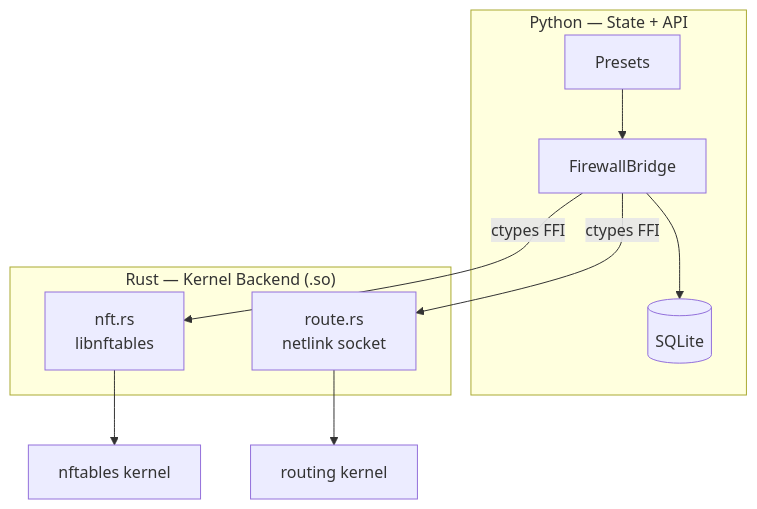
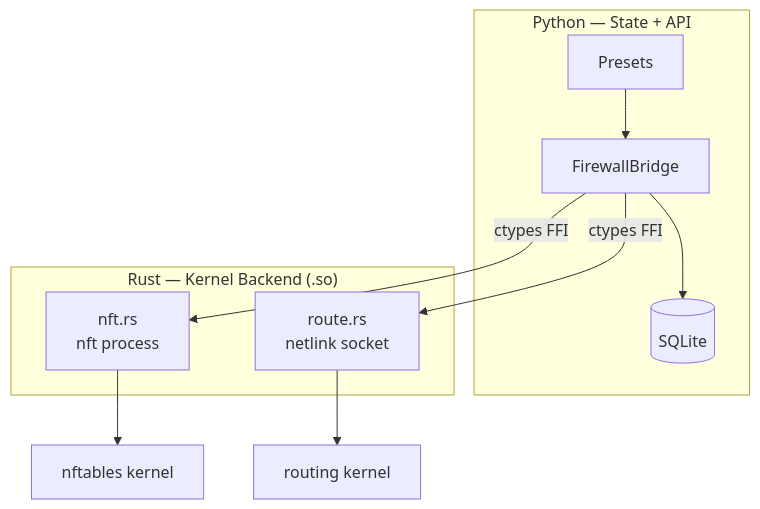
One commit to ARAS-Workspace/phantom-wg changed the first of 4 diagrams in README.md. Above: the diagram before and after it, drawn with Mermaid. The commit also changed other lines of this file and 1 other file, not shown here.

Commit message:
Docs: README describes nft.rs through the nft program

````diff
--- a/README.md
+++ b/README.md
@@ -45,20 +45,20 @@
 ```mermaid
 graph TB
     subgraph Python ["Python — State + API"]
         B[FirewallBridge]
         DB[(SQLite)]
         P[Presets]
         B --> DB
         P --> B
     end
 
     subgraph Rust ["Rust — Kernel Backend (.so)"]
-        NFT[nft.rs<br/>libnftables]
+        NFT[nft.rs<br/>nft process]
         RT[route.rs<br/>netlink socket]
     end
 
     B -- "ctypes FFI" --> NFT
     B -- "ctypes FFI" --> RT
     NFT --> K[nftables kernel]
     RT --> K2[routing kernel]
 ```
````
